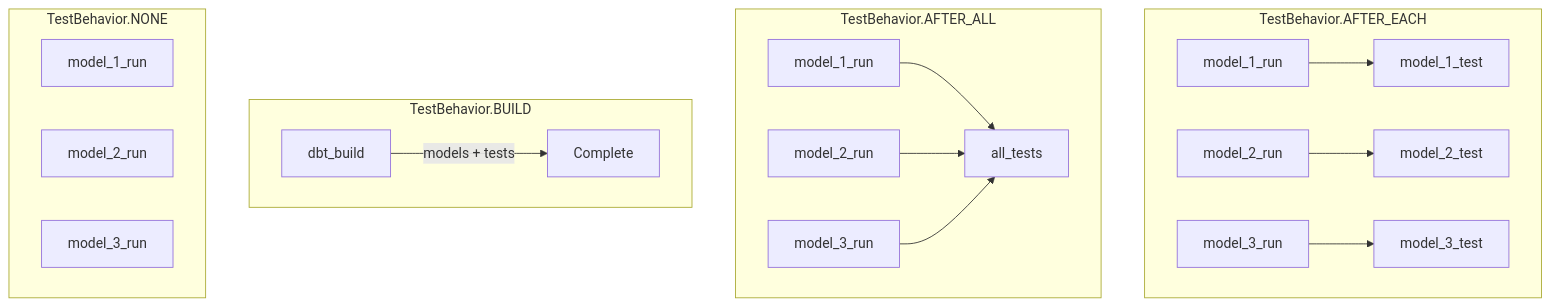
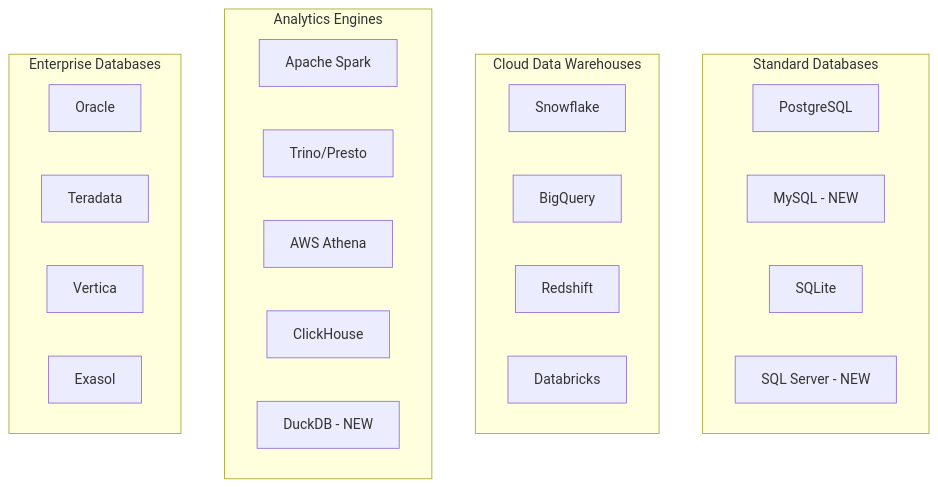
One commit to josix/astronomer-cosmos changed diagram 19 of 28 in docs/ARCHITECTURE.md. Above: the diagram before and after it, drawn with Mermaid. The commit also changed other lines of this file, not shown here.

First line of the commit message:
docs: Update architecture documentation with v1.12 features

````diff
--- a/docs/ARCHITECTURE.md
+++ b/docs/ARCHITECTURE.md
@@ -644,24 +791,31 @@
 ```mermaid
-flowchart TD
-    subgraph "TestBehavior.AFTER_EACH"
-        AE_M1[model_1_run] --> AE_T1[model_1_test]
-        AE_M2[model_2_run] --> AE_T2[model_2_test]
-        AE_M3[model_3_run] --> AE_T3[model_3_test]
+graph TB
+    subgraph "Standard Databases"
+        POSTGRES[PostgreSQL]
+        MYSQL[MySQL - NEW]
+        SQLITE[SQLite]
+        SQLSERVER[SQL Server - NEW]
     end
 
-    subgraph "TestBehavior.AFTER_ALL"
-        AA_M1[model_1_run] --> AA_TA[all_tests]
-        AA_M2[model_2_run] --> AA_TA
-        AA_M3[model_3_run] --> AA_TA
+    subgraph "Cloud Data Warehouses"
+        SNOWFLAKE[Snowflake]
+        BIGQUERY[BigQuery]
+        REDSHIFT[Redshift]
+        DATABRICKS[Databricks]
     end
 
-    subgraph "TestBehavior.BUILD"
-        BUILD_ALL[dbt_build] --> |"models + tests"| DONE[Complete]
+    subgraph "Analytics Engines"
+        SPARK[Apache Spark]
+        TRINO[Trino/Presto]
+        ATHENA[AWS Athena]
+        CLICKHOUSE[ClickHouse]
+        DUCKDB[DuckDB - NEW]
     end
 
-    subgraph "TestBehavior.NONE"
-        NONE_M1[model_1_run]
-        NONE_M2[model_2_run]
-        NONE_M3[model_3_run]
+    subgraph "Enterprise Databases"
+        ORACLE[Oracle]
+        TERADATA[Teradata]
+        VERTICA[Vertica]
+        EXASOL[Exasol]
     end
 ```
````
